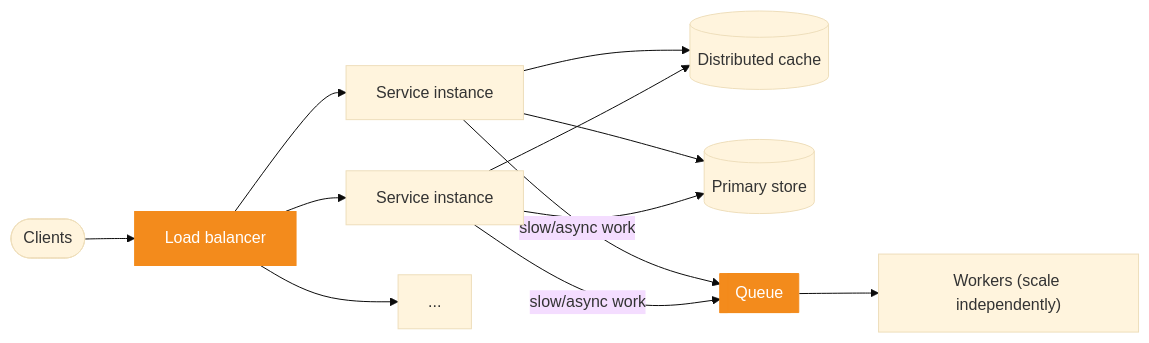
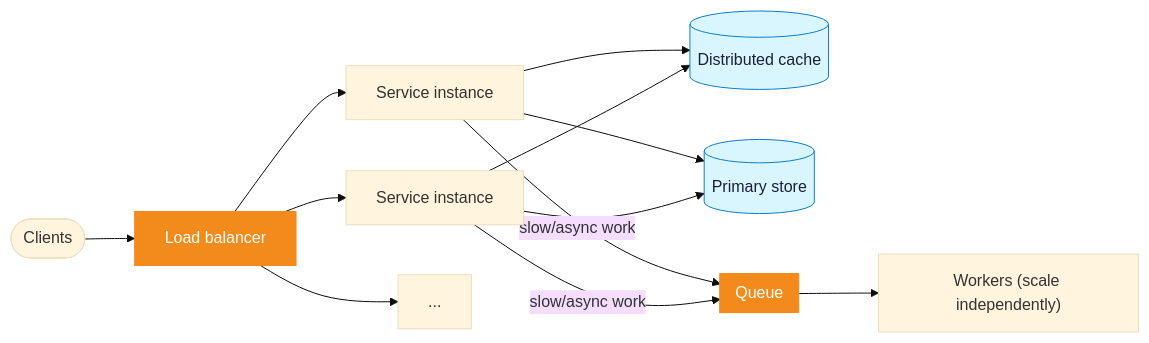
Before and after one commit to oleksiyp/arch-book: the tenth of 22 diagrams in README.md, drawn with Mermaid (base theme). The commit also changed other lines of this file and 2 other files, not shown here.

First line of the commit message:
Mermaid theme overhaul + gradient slash aligned with title

```diff
--- a/README.md
+++ b/README.md
@@ -823,11 +823,13 @@
 <pre class="mermaid">
 flowchart LR
     fans([Clients]) --> lb["Load balancer"]
     lb --> s1["Service instance"] & s2["Service instance"] & s3["..."]
     s1 & s2 --> cache[("Distributed cache")]
     s1 & s2 --> db[("Primary store")]
     s1 & s2 -- "slow/async work" --> q[["Queue"]]
     q --> w1["Workers (scale independently)"]
     classDef hot fill:#f38b1c,stroke:#f38b1c,color:#fff
     class lb,q hot
+    classDef store fill:#d9f6ff,stroke:#0b7ecb,color:#1b1f3b
+    class cache,db store
 </pre>
```
